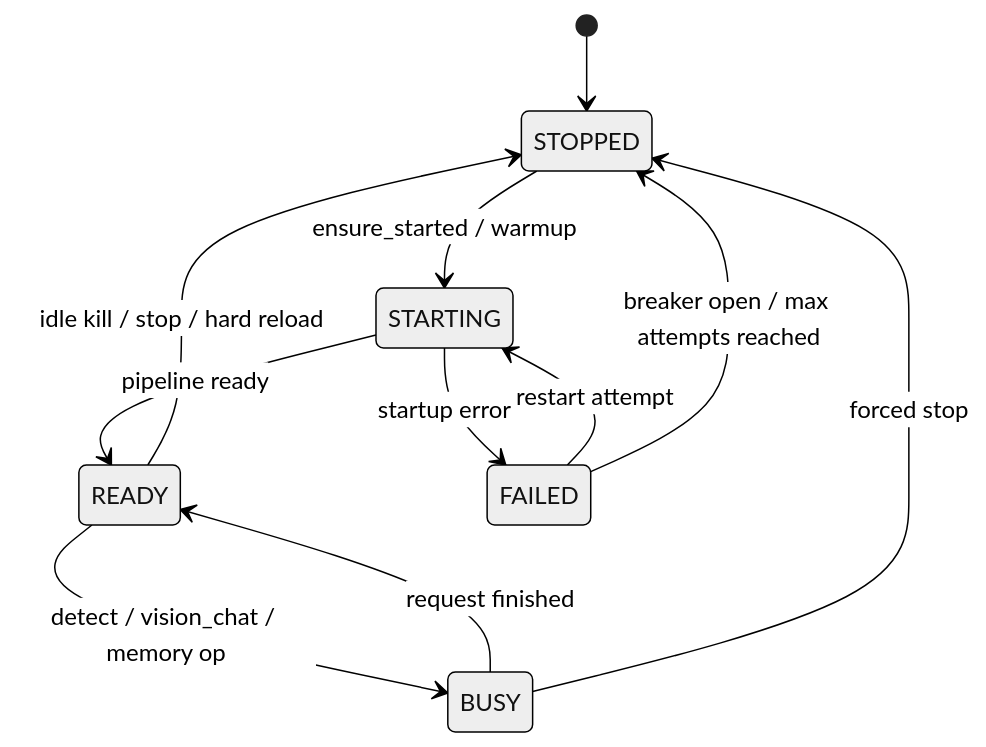
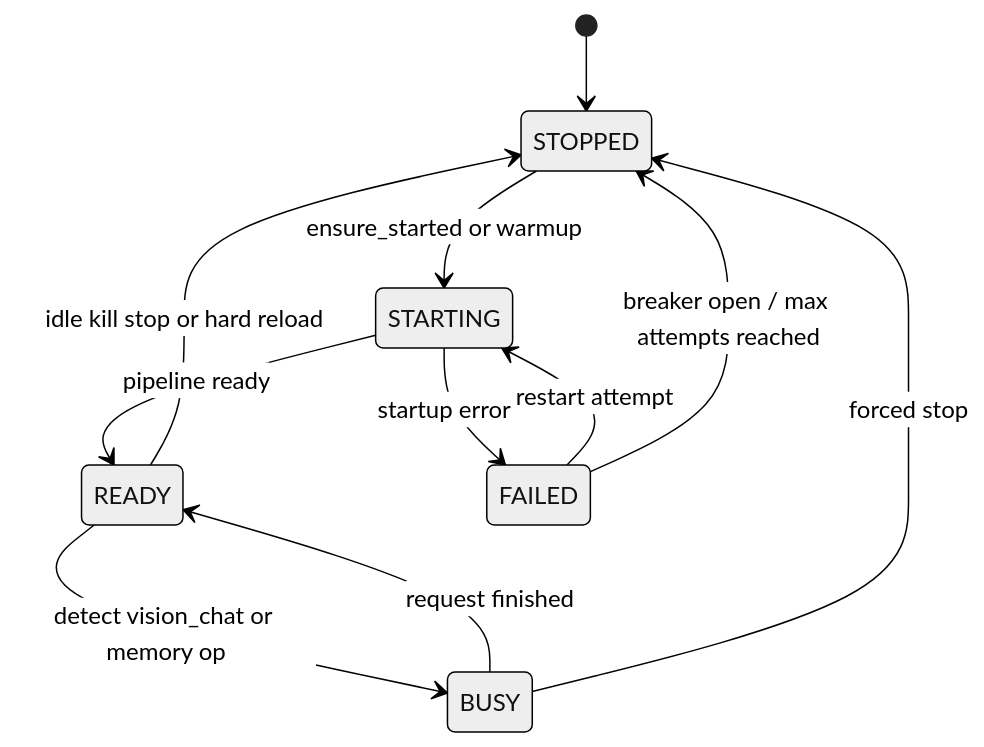
Before and after one commit to JakubCiesko/pepper-ot: the second of 3 diagrams in docs/server/worker-runtime-and-process-management.md, drawn with Mermaid (neutral theme). The commit also changed other lines of this file and 5 other files, not shown here.

Commit message:
bugfix syntax error in mermaid in docs

````diff
--- a/docs/server/worker-runtime-and-process-management.md
+++ b/docs/server/worker-runtime-and-process-management.md
@@ -101,13 +101,13 @@
 ```mermaid
 stateDiagram-v2
     [*] --> STOPPED
-    STOPPED --> STARTING: ensure_started / warmup
+    STOPPED --> STARTING: ensure_started or warmup
     STARTING --> READY: pipeline ready
-    READY --> BUSY: detect / vision_chat / memory op
+    READY --> BUSY: detect vision_chat or memory op
     BUSY --> READY: request finished
     STARTING --> FAILED: startup error
-    READY --> STOPPED: idle kill / stop / hard reload
+    READY --> STOPPED: idle kill stop or hard reload
     BUSY --> STOPPED: forced stop
     FAILED --> STARTING: restart attempt
     FAILED --> STOPPED: breaker open / max attempts reached
 ```
````
